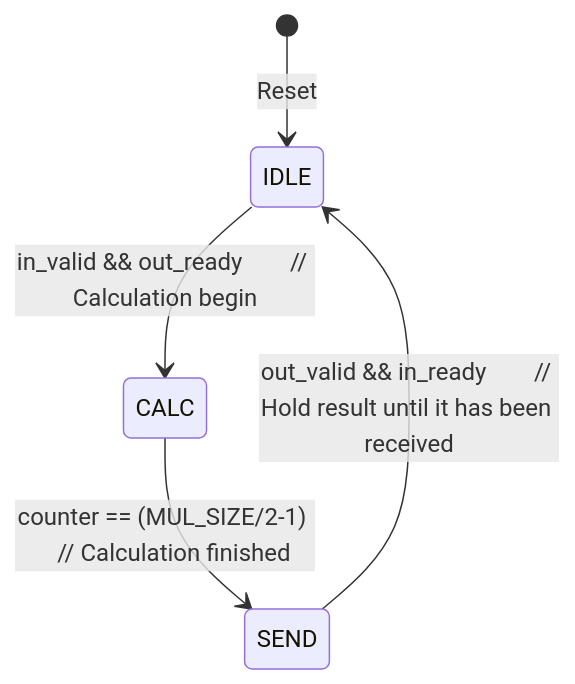
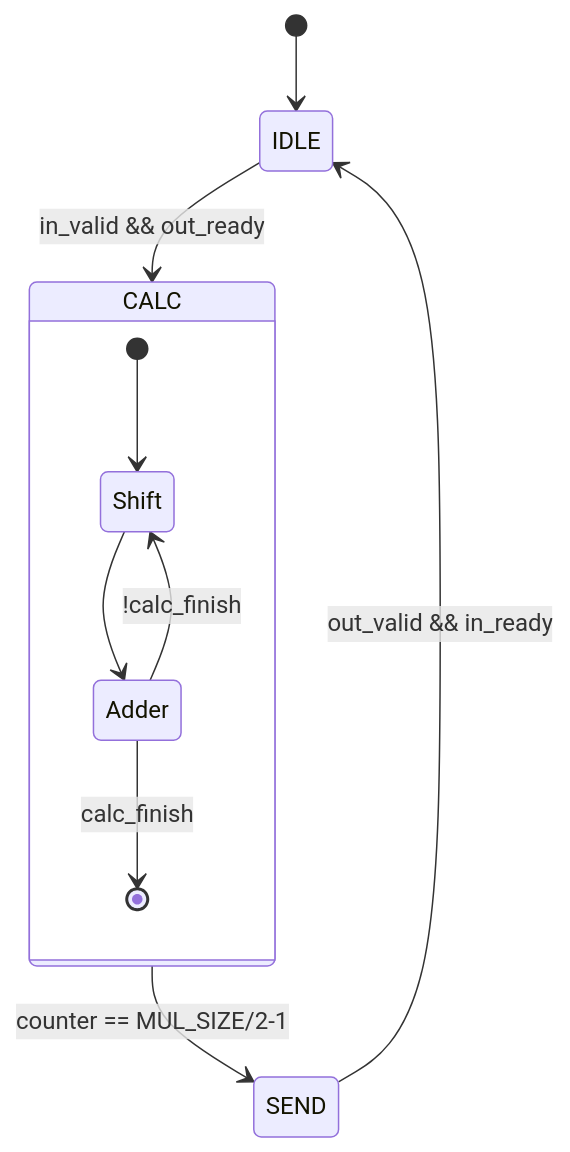
The diagram in Lab_3/Booth4_multiplier/README.md (EsaLongs/EESM6000C_CL), drawn with Mermaid before and after one commit.

````diff
--- a/Lab_3/Booth4_multiplier/README.md
+++ b/Lab_3/Booth4_multiplier/README.md
@@ -12,7 +12,14 @@
 ```mermaid
 stateDiagram-v2
-    [*] --> IDLE: Reset
-    IDLE --> CALC: in_valid && out_ready        // Calculation begin
-    CALC --> SEND: counter == (MUL_SIZE/2-1)    // Calculation finished
-    SEND --> IDLE: out_valid && in_ready        // Hold result until it has been received
+    [*] --> IDLE
+    IDLE --> CALC : in_valid && out_ready
+    CALC --> SEND : counter == MUL_SIZE/2-1
+    SEND --> IDLE : out_valid && in_ready
+    
+    state CALC {
+        [*] --> Shift
+        Shift --> Adder
+        Adder --> Shift : !calc_finish
+        Adder --> [*] : calc_finish
+    }
 ```
````
